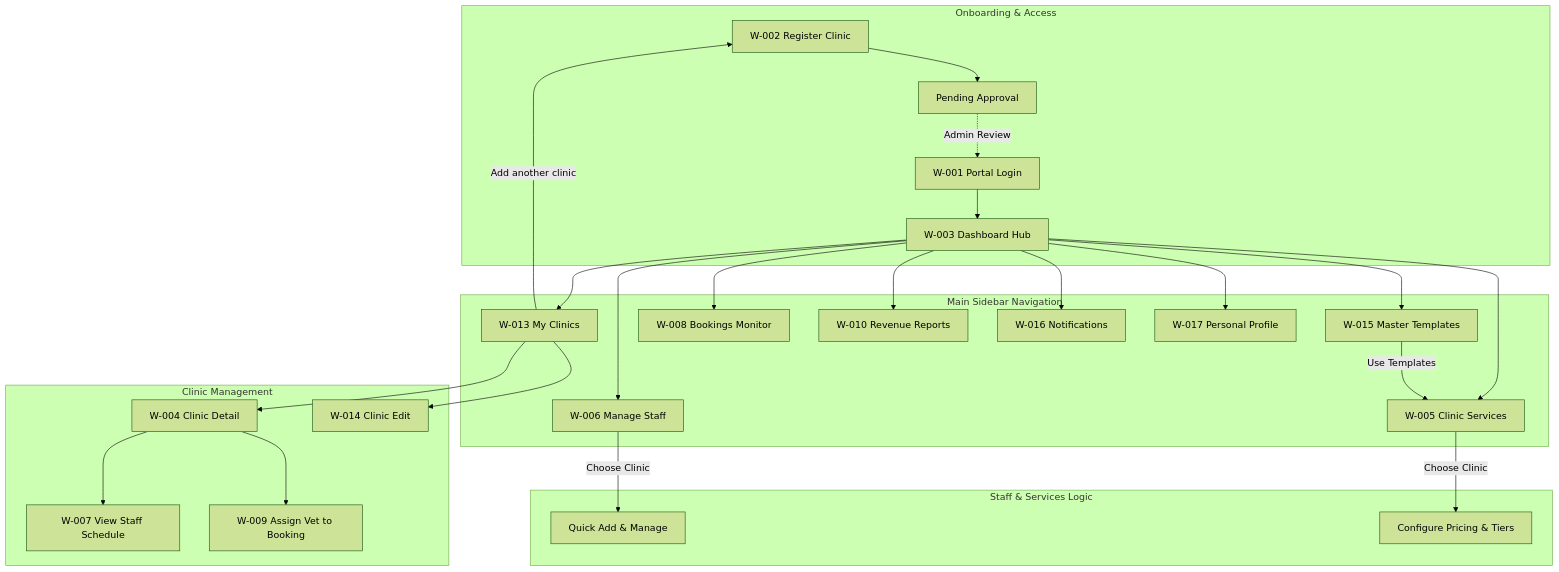
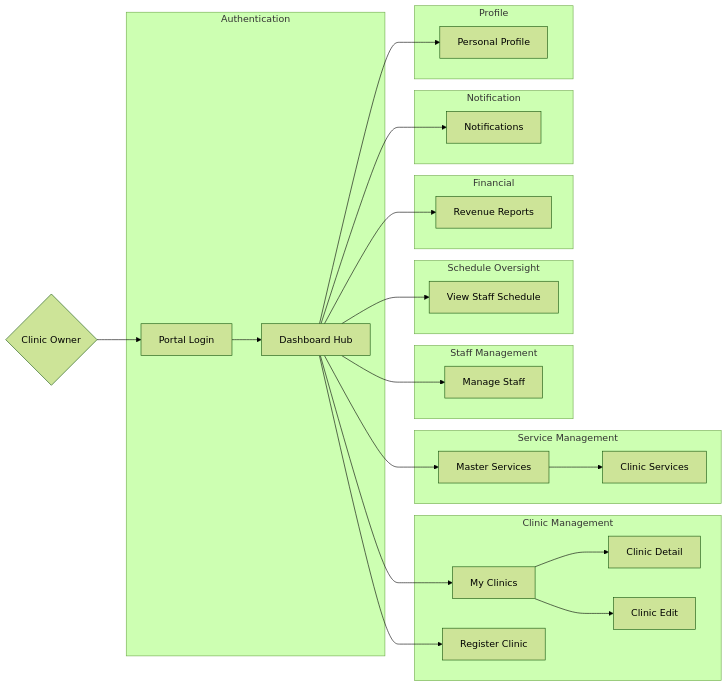
The sixth of 9 diagrams in docs-references/documentation/SRS/PETTIES_SRS.md (espresso23/Petties-Veterinary-Appointment-Booking-Platform), drawn with Mermaid (forest theme) before and after one commit. The commit also changed other lines of this file and 2 other files, not shown here.

````diff
--- a/docs-references/documentation/SRS/PETTIES_SRS.md
+++ b/docs-references/documentation/SRS/PETTIES_SRS.md
@@ -465,33 +501,40 @@
 ```mermaid
-flowchart TB
-    subgraph "Onboarding & Access"
-        CO_REG[W-002 Register Clinic] --> CO_PEND[Pending Approval]
-        CO_PEND -.->|Admin Review| CO_LOGIN[W-001 Portal Login]
-        CO_LOGIN --> CO_DASH[W-003 Dashboard Hub]
-    end
-    
-    subgraph "Main Sidebar Navigation"
-        CO_DASH --> CO_CLINICS[W-013 My Clinics]
-        CO_DASH --> CO_STAFF[W-006 Manage Staff]
-        CO_DASH --> CO_MASTER[W-015 Master Templates]
-        CO_DASH --> CO_SERVICES[W-005 Clinic Services]
-        CO_DASH --> CO_OPS[W-008 Bookings Monitor]
-        CO_DASH --> CO_REVENUE[W-010 Revenue Reports]
-        CO_DASH --> CO_NOTIF[W-016 Notifications]
-        CO_DASH --> CO_PROFILE[W-017 Personal Profile]
+flowchart LR
+    CO{Clinic Owner} --> W001[Portal Login]
+
+    subgraph Authentication
+        W001 --> W003[Dashboard Hub]
     end
 
-    subgraph "Clinic Management"
-        CO_CLINICS --> CO_DETAIL[W-004 Clinic Detail]
-        CO_DETAIL --> CO_SCHED[W-007 View Staff Schedule]
-        CO_DETAIL --> CO_ASSIGN[W-009 Assign Vet to Booking]
-        CO_CLINICS --> CO_EDIT[W-014 Clinic Edit]
-        CO_CLINICS -->|Add another clinic| CO_REG
+    subgraph Clinic_Management[Clinic Management]
+        W003 --> W013[My Clinics]
+        W013 --> W004[Clinic Detail]
+        W013 --> W014[Clinic Edit]
+        W003 --> W002[Register Clinic]
     end
-    
-    subgraph "Staff & Services Logic"
-        CO_STAFF -->|Choose Clinic| CO_STAFF_OPS[Quick Add & Manage]
-        CO_SERVICES -->|Choose Clinic| CO_SVCS_OPS[Configure Pricing & Tiers]
-        CO_MASTER -->|Use Templates| CO_SERVICES
+
+    subgraph Service_Management[Service Management]
+        W003 --> W015[Master Services]
+        W015 --> W005[Clinic Services]
+    end
+
+    subgraph Staff_Management[Staff Management]
+        W003 --> W006[Manage Staff]
+    end
+
+    subgraph Schedule_Oversight[Schedule Oversight]
+        W003 --> W007[View Staff Schedule]
+    end
+
+    subgraph Financial
+        W003 --> W010[Revenue Reports]
+    end
+
+    subgraph Notification
+        W003 --> W016[Notifications]
+    end
+
+    subgraph Profile
+        W003 --> W017[Personal Profile]
     end
 ```
````
